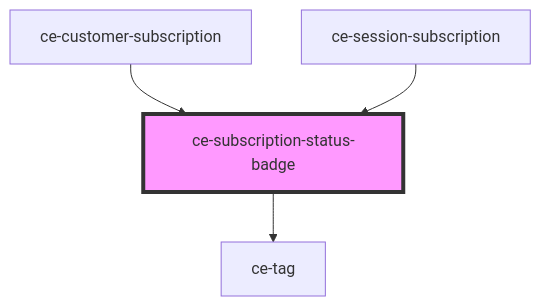
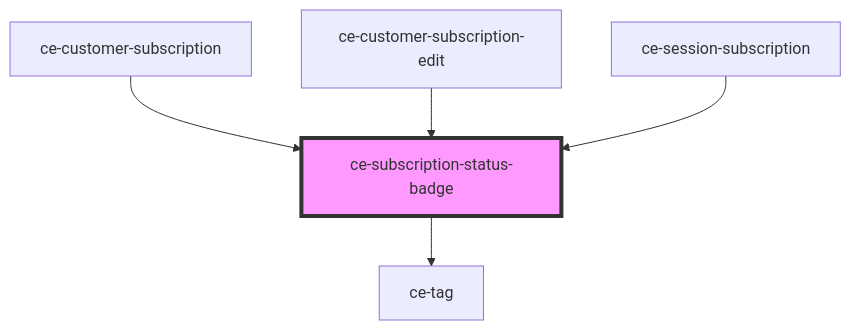
The diagram in packages/components/src/components/ui/subscription-status-badge/readme.md (surecart/surecart-wp-plugin), drawn with Mermaid before and after one commit. The commit also changed other lines of this file and 41 other files, not shown here.

````diff
--- a/packages/components/src/components/ui/subscription-status-badge/readme.md
+++ b/packages/components/src/components/ui/subscription-status-badge/readme.md
@@ -30,7 +31,8 @@
 ```mermaid
 graph TD;
   ce-subscription-status-badge --> ce-tag
   ce-customer-subscription --> ce-subscription-status-badge
+  ce-customer-subscription-edit --> ce-subscription-status-badge
   ce-session-subscription --> ce-subscription-status-badge
   style ce-subscription-status-badge fill:#f9f,stroke:#333,stroke-width:4px
 ```
````
